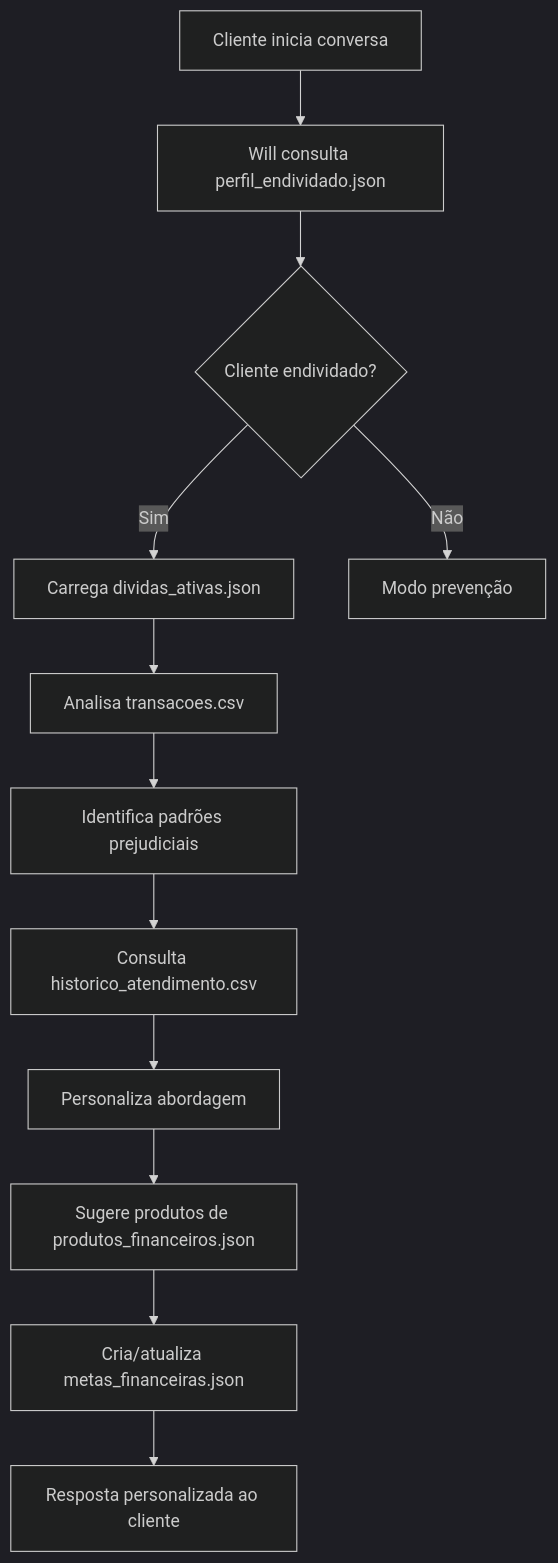
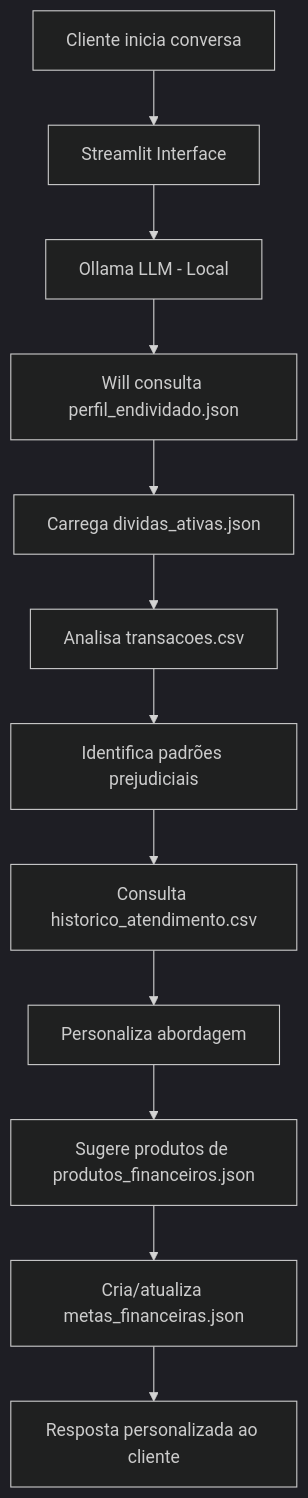
The diagram in docs/02-base-conhecimento.md (williamav28/dio-lab-bia-do-futuro), drawn with Mermaid (dark theme) before and after one commit. The commit also changed other lines of this file, not shown here.

First line of the commit message:
Enhance documentation on Will's functionality and metrics

````diff
--- a/docs/02-base-conhecimento.md
+++ b/docs/02-base-conhecimento.md
@@ -208,14 +228,14 @@
 ```mermaid
 graph TD
-    A[Cliente inicia conversa] --> B[Will consulta perfil_endividado.json]
-    B --> C{Cliente endividado?}
-    C -->|Sim| D[Carrega dividas_ativas.json]
-    C -->|Não| E[Modo prevenção]
-    D --> F[Analisa transacoes.csv]
+    A[Cliente inicia conversa] --> B[Streamlit Interface]
+    B --> C[Ollama LLM - Local]
+    C --> D[Will consulta perfil_endividado.json]
+    D --> E[Carrega dividas_ativas.json]
+    E --> F[Analisa transacoes.csv]
     F --> G[Identifica padrões prejudiciais]
     G --> H[Consulta historico_atendimento.csv]
     H --> I[Personaliza abordagem]
     I --> J[Sugere produtos de produtos_financeiros.json]
     J --> K[Cria/atualiza metas_financeiras.json]
     K --> L[Resposta personalizada ao cliente]
 ```
````
